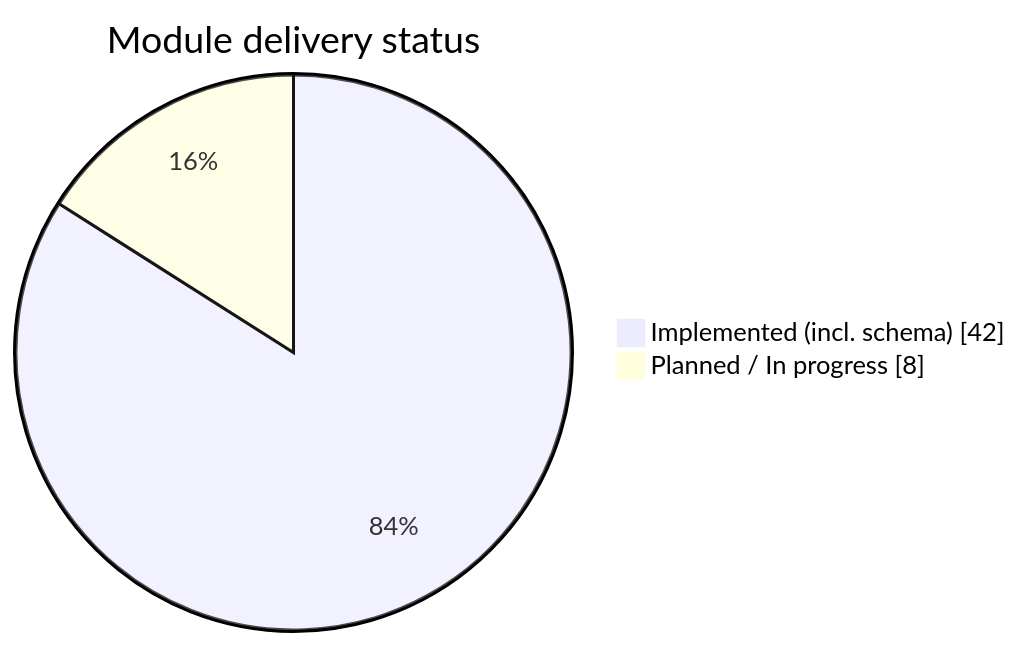
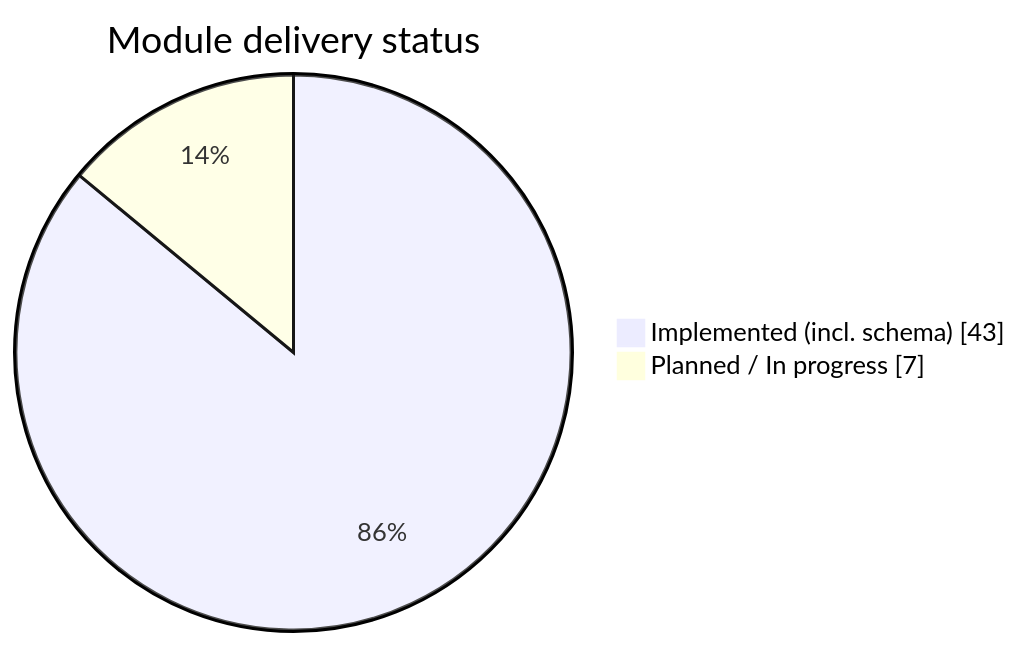
Before and after one commit to RITH-1437/educore: the first of 2 diagrams in docs/6_Module-Status-and-Roadmap.md, drawn with Mermaid. The commit also changed other lines of this file and 28 other files, not shown here.

````diff
--- a/docs/6_Module-Status-and-Roadmap.md
+++ b/docs/6_Module-Status-and-Roadmap.md
@@ -47,6 +47,6 @@
 ```mermaid
 pie showData
   title Module delivery status
-  "Implemented (incl. schema)" : 42
-  "Planned / In progress" : 8
+  "Implemented (incl. schema)" : 43
+  "Planned / In progress" : 7
 ```
````
